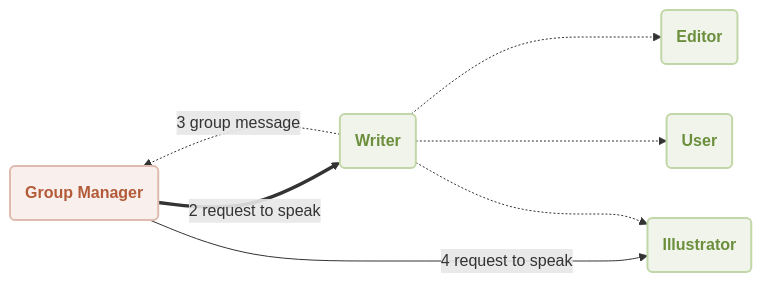
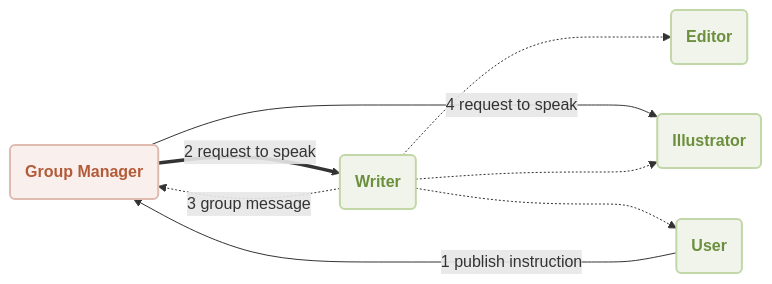
One commit to byteninjia/aigne-framework changed the diagram in examples/workflow-group-chat/README.md. Above: the diagram before and after it, drawn with Mermaid. The commit also changed 14 other files, not shown here.

````diff
--- a/examples/workflow-group-chat/README.md
+++ b/examples/workflow-group-chat/README.md
@@ -5,27 +5,28 @@
 ```mermaid
 flowchart LR
 
 manager(Group Manager)
 user(User)
 writer(Writer)
 editor(Editor)
 illustrator(Illustrator)
 
+user --1 publish instruction--> manager
 manager ==2 request to speak==> writer
 manager --4 request to speak--> illustrator
 
 writer -.3 group message.-> manager
 writer -..-> editor
 writer -..-> illustrator
 writer -..-> user
 
 
 classDef inputOutput fill:#f9f0ed,stroke:#debbae,stroke-width:2px,color:#b35b39,font-weight:bolder;
 classDef processing fill:#F0F4EB,stroke:#C2D7A7,stroke-width:2px,color:#6B8F3C,font-weight:bolder;
 
 class manager inputOutput
 class user processing
 class writer processing
 class editor processing
 class illustrator processing
 ```
````
